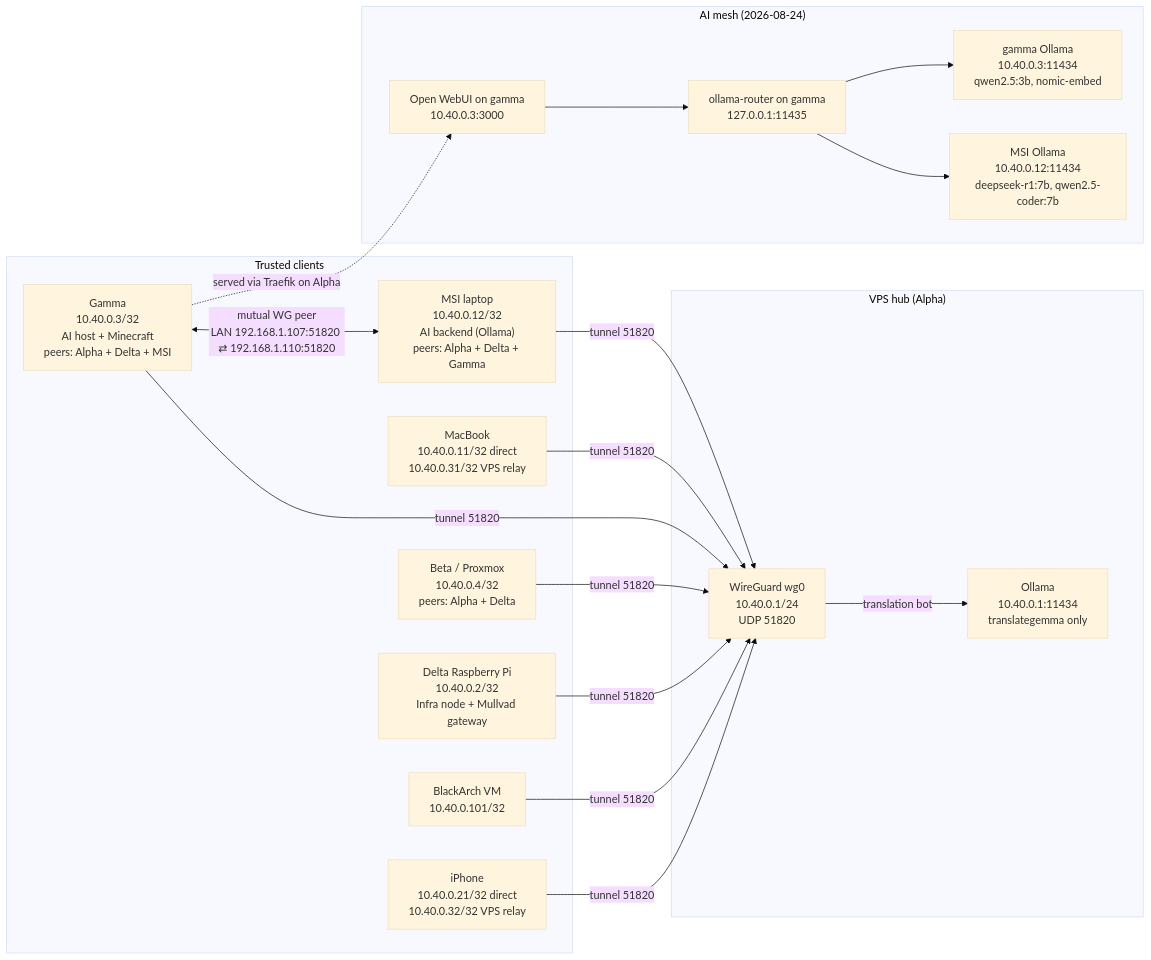
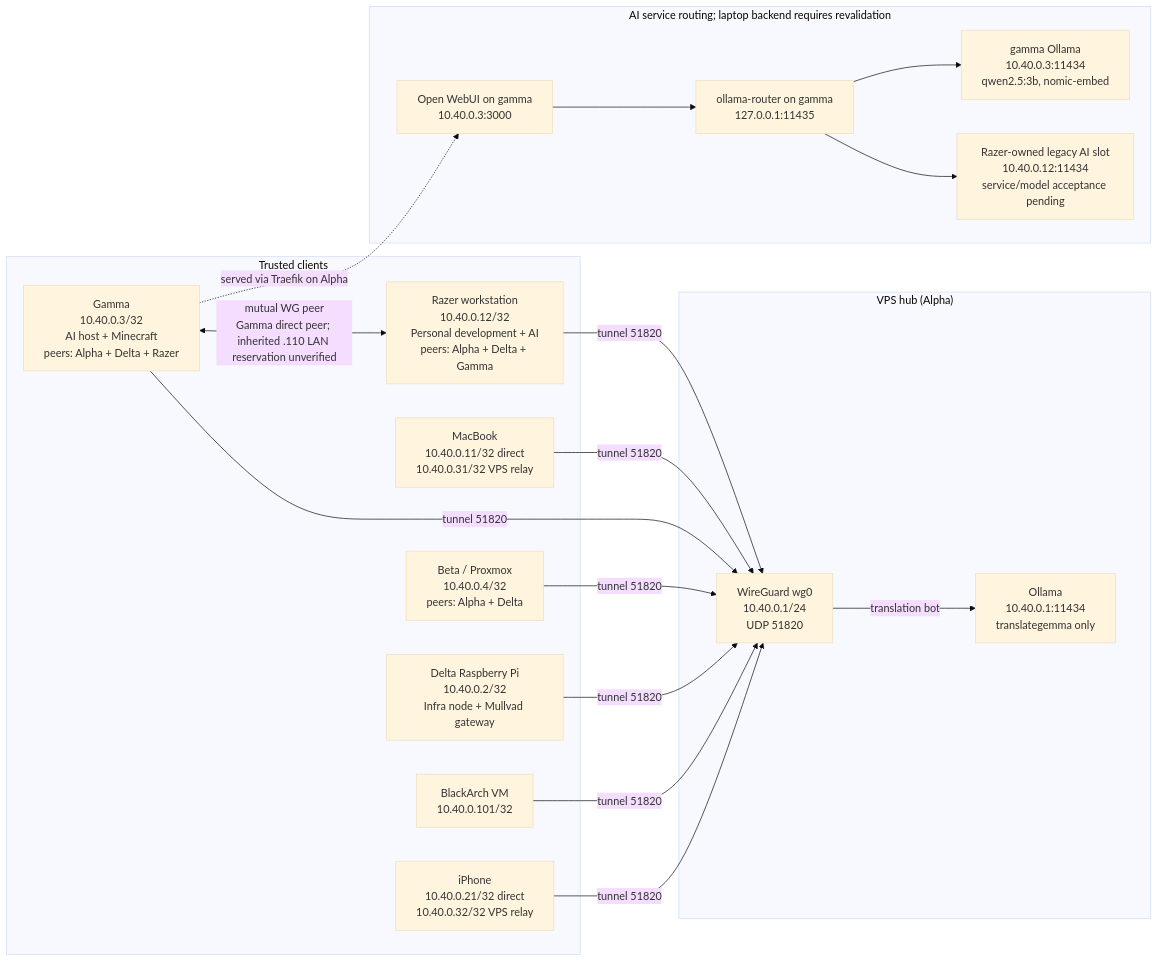
The diagram in content/docs/vps-alpha/wireguard.mdx (Manuel0516/zero-five-handbook), drawn with Mermaid (base theme) before and after one commit. The commit also changed other lines of this file and 44 other files, not shown here.

Commit message:
Document Razer ownership, configuration pack and migration acceptance

````diff
--- a/content/docs/vps-alpha/wireguard.mdx
+++ b/content/docs/vps-alpha/wireguard.mdx
@@ -20,39 +27,39 @@
 ```mermaid
 flowchart LR
     subgraph clients["Trusted clients"]
-        msi["MSI laptop<br/>10.40.0.12/32<br/>AI backend (Ollama)<br/>peers: Alpha + Delta + Gamma"]
+        razer["Razer workstation<br/>10.40.0.12/32<br/>Personal development + AI<br/>peers: Alpha + Delta + Gamma"]
         macbook["MacBook<br/>10.40.0.11/32 direct<br/>10.40.0.31/32 VPS relay"]
-        gamma["Gamma<br/>10.40.0.3/32<br/>AI host + Minecraft<br/>peers: Alpha + Delta + MSI"]
+        gamma["Gamma<br/>10.40.0.3/32<br/>AI host + Minecraft<br/>peers: Alpha + Delta + Razer"]
         beta["Beta / Proxmox<br/>10.40.0.4/32<br/>peers: Alpha + Delta"]
         delta["Delta Raspberry Pi<br/>10.40.0.2/32<br/>Infra node + Mullvad gateway"]
         blackarch["BlackArch VM<br/>10.40.0.101/32"]
         iphone["iPhone<br/>10.40.0.21/32 direct<br/>10.40.0.32/32 VPS relay"]
     end
 
     subgraph vps["VPS hub (Alpha)"]
         wg["WireGuard wg0<br/>10.40.0.1/24<br/>UDP 51820"]
         ollama["Ollama<br/>10.40.0.1:11434<br/>translategemma only"]
     end
 
-    subgraph ai["AI mesh (2026-08-24)"]
+    subgraph ai["AI service routing; laptop backend requires revalidation"]
         gwui["Open WebUI on gamma<br/>10.40.0.3:3000"]
         router["ollama-router on gamma<br/>127.0.0.1:11435"]
         gm["gamma Ollama<br/>10.40.0.3:11434<br/>qwen2.5:3b, nomic-embed"]
-        msm["MSI Ollama<br/>10.40.0.12:11434<br/>deepseek-r1:7b, qwen2.5-coder:7b"]
+        msm["Razer-owned legacy AI slot<br/>10.40.0.12:11434<br/>service/model acceptance pending"]
     end
 
-    msi -->|"tunnel 51820"| wg
+    razer -->|"tunnel 51820"| wg
     macbook -->|"tunnel 51820"| wg
     gamma -->|"tunnel 51820"| wg
     beta -->|"tunnel 51820"| wg
     delta -->|"tunnel 51820"| wg
     blackarch -->|"tunnel 51820"| wg
     iphone -->|"tunnel 51820"| wg
     wg -->|"translation bot"| ollama
 
-    gamma <-->|"mutual WG peer<br/>LAN 192.168.1.107:51820 ⇄ 192.168.1.110:51820"| msi
+    gamma <-->|"mutual WG peer<br/>Gamma direct peer; inherited .110 LAN reservation unverified"| razer
     gwui --> router
     router --> gm
     router --> msm
     gamma -. "served via Traefik on Alpha" .-> gwui
 ```
````
